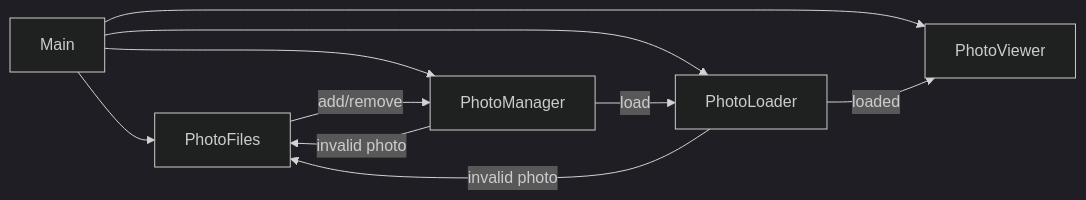
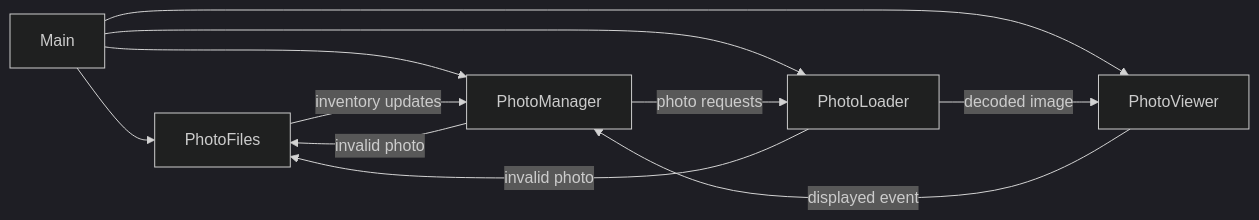
Before and after one commit to vincentl/rust-photo-frame: the diagram in README.md, drawn with Mermaid (dark theme). The commit also changed other lines of this file, not shown here.

Commit message:
Refine README structure and architecture overview

````diff
--- a/README.md
+++ b/README.md
@@ -20,13 +45,14 @@
 ```mermaid
 flowchart LR
   MAIN[Main] --> FILES[PhotoFiles]
   MAIN --> MAN[PhotoManager]
   MAIN --> LOAD[PhotoLoader]
   MAIN --> VIEW[PhotoViewer]
 
-  FILES -->|add/remove| MAN
+  FILES -->|inventory updates| MAN
   MAN -->|invalid photo| FILES
-  MAN -->|load| LOAD
-  LOAD -->|loaded| VIEW
+  MAN -->|photo requests| LOAD
+  LOAD -->|decoded image| VIEW
   LOAD -->|invalid photo| FILES
+  VIEW -->|displayed event| MAN
 ```
````
